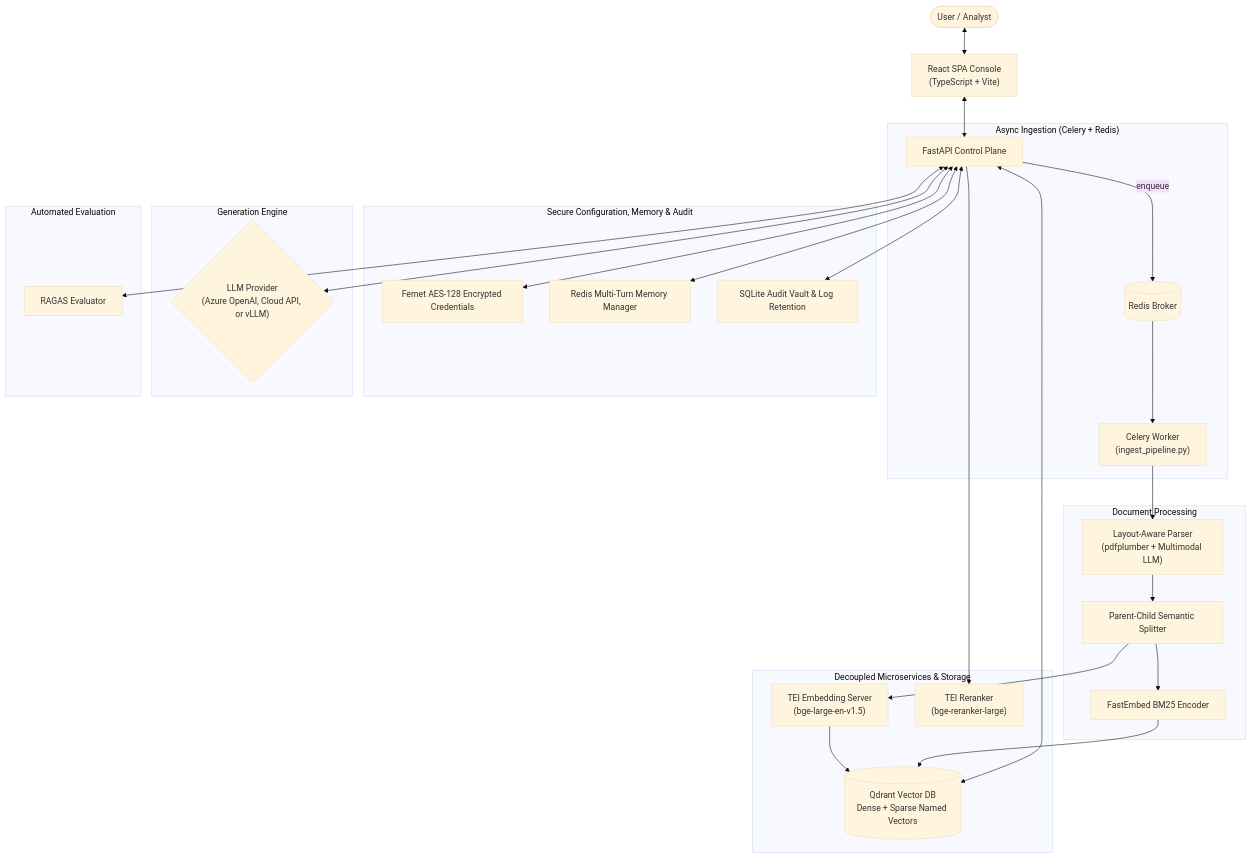
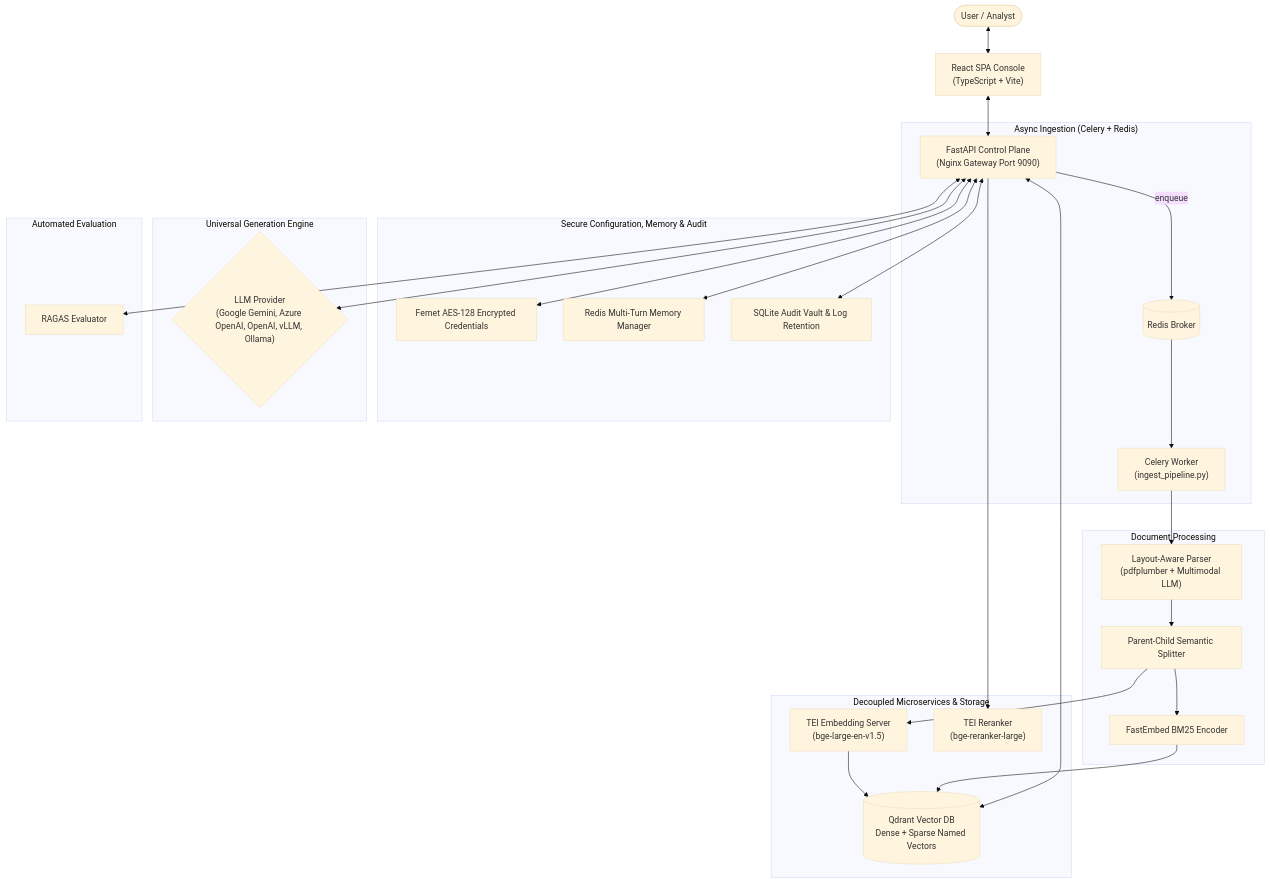
The diagram in README.md (gpu-stack/Enterprise-AI-Fabric), drawn with Mermaid (base theme) before and after one commit. The commit also changed other lines of this file and 2 other files, not shown here.

Commit message:
docs: Update README documentation across main, generation, and frontend modules with complete architectural flows and verified features

````diff
--- a/README.md
+++ b/README.md
@@ -81,38 +77,38 @@
 ```mermaid
 graph TD
     User([User / Analyst]) <--> ReactSPA["React SPA Console<br>(TypeScript + Vite)"]
-    ReactSPA <--> FastAPI["FastAPI Control Plane"]
+    ReactSPA <--> FastAPI["FastAPI Control Plane<br>(Nginx Gateway Port 9090)"]
 
     subgraph Async_Ingestion ["Async Ingestion (Celery + Redis)"]
         FastAPI -->|enqueue| Redis[(Redis Broker)]
         Redis --> CeleryWorker["Celery Worker<br>(ingest_pipeline.py)"]
     end
 
     subgraph Storage_Security ["Secure Configuration, Memory & Audit"]
         FastAPI <--> FernetEnc["Fernet AES-128 Encrypted Credentials"]
         FastAPI <--> RedisMemory["Redis Multi-Turn Memory Manager"]
         FastAPI <--> AuditVault["SQLite Audit Vault & Log Retention"]
     end
 
     subgraph Processing_Layer ["Document Processing"]
         CeleryWorker --> LayoutParser["Layout-Aware Parser<br>(pdfplumber + Multimodal LLM)"]
         LayoutParser --> SemanticSplitter["Parent-Child Semantic Splitter"]
         SemanticSplitter --> SparseFastEmbed["FastEmbed BM25 Encoder"]
     end
 
     subgraph Microservice_Infra ["Decoupled Microservices & Storage"]
         SemanticSplitter --> TEI_Embed["TEI Embedding Server<br>(bge-large-en-v1.5)"]
         TEI_Embed --> QdrantDB[("Qdrant Vector DB<br>Dense + Sparse Named Vectors")]
         SparseFastEmbed --> QdrantDB
         FastAPI <--> QdrantDB
         FastAPI --> TEI_Rerank["TEI Reranker<br>(bge-reranker-large)"]
     end
 
-    subgraph LLM_Inference ["Generation Engine"]
-        FastAPI <--> LLM{"LLM Provider<br>(Azure OpenAI, Cloud API, or vLLM)"}
+    subgraph LLM_Inference ["Universal Generation Engine"]
+        FastAPI <--> LLM{"LLM Provider<br>(Google Gemini, Azure OpenAI, OpenAI, vLLM, Ollama)"}
     end
 
     subgraph Quality_Audit ["Automated Evaluation"]
         FastAPI <--> RagasEval["RAGAS Evaluator"]
     end
 ```
````
